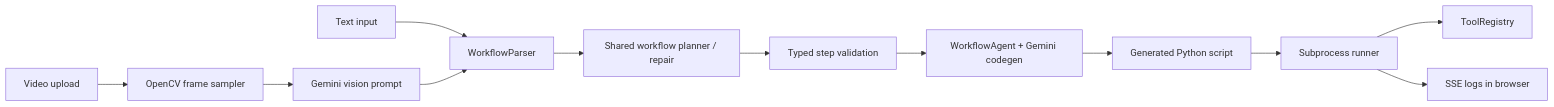
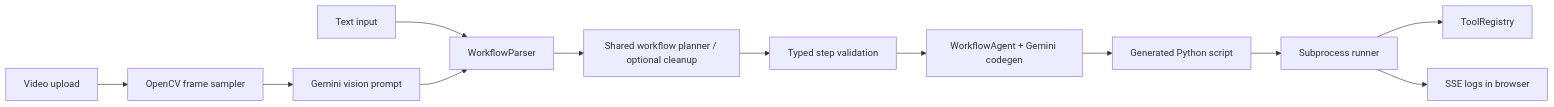
The diagram in README.md (KMeltzer24/workflowMVP), drawn with Mermaid before and after one commit. The commit also changed other lines of this file and 15 other files, not shown here.

````diff
--- a/README.md
+++ b/README.md
@@ -31,14 +31,14 @@
 ```mermaid
 flowchart LR
     text["Text input"] --> parser["WorkflowParser"]
     video_input["Video upload"] --> video["OpenCV frame sampler"]
     video --> vision["Gemini vision prompt"]
     vision --> parser
-    parser --> planner["Shared workflow planner / repair"]
+    parser --> planner["Shared workflow planner / optional cleanup"]
     planner --> validation["Typed step validation"]
     validation --> agent["WorkflowAgent + Gemini codegen"]
     agent --> script["Generated Python script"]
     script --> runner["Subprocess runner"]
     runner --> tools["ToolRegistry"]
     runner --> logs["SSE logs in browser"]
 ```
````
